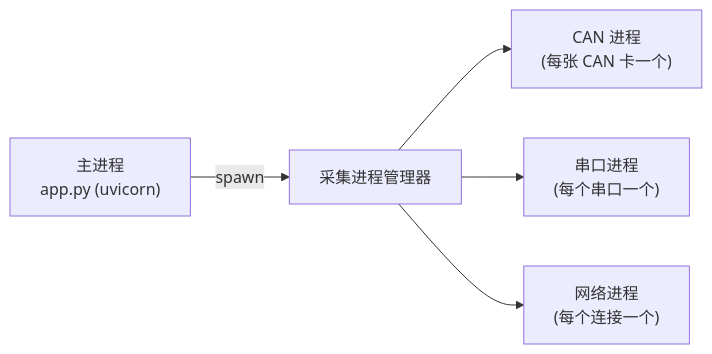
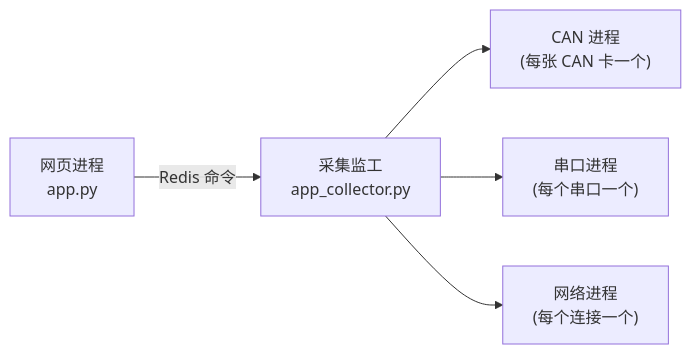
One commit to ruanyubiao/RuoYi-Vue3-FastAPI changed the second of 4 diagrams in doc/01-系统总体设计.md. Above: the diagram before and after it, drawn with Mermaid. The commit also changed other lines of this file and 59 other files, not shown here.

````diff
--- a/doc/01-系统总体设计.md
+++ b/doc/01-系统总体设计.md
@@ -75,8 +75,9 @@
 ```mermaid
 flowchart LR
-  Main["主进程<br/>app.py (uvicorn)"]
-  Main -->|spawn| PMgr[采集进程管理器]
-  PMgr --> P1["CAN 进程<br/>(每张 CAN 卡一个)"]
-  PMgr --> P2["串口进程<br/>(每个串口一个)"]
-  PMgr --> P3["网络进程<br/>(每个连接一个)"]
+  API["网页进程<br/>app.py"]
+  Sup["采集监工<br/>app_collector.py"]
+  API -->|Redis 命令| Sup
+  Sup --> P1["CAN 进程<br/>(每张 CAN 卡一个)"]
+  Sup --> P2["串口进程<br/>(每个串口一个)"]
+  Sup --> P3["网络进程<br/>(每个连接一个)"]
 ```
````
